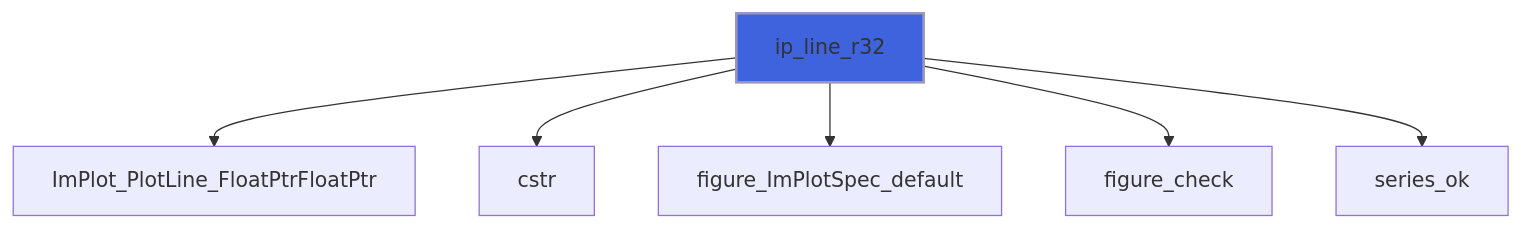
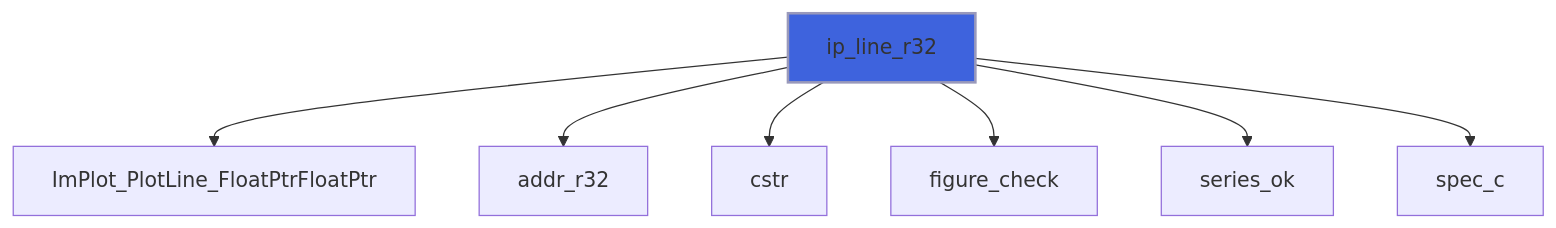
Before and after one commit to szaghi/figure: the fourth of 21 diagrams in docs/api/src/lib/figure_implot.md, drawn with Mermaid. The commit also changed other lines of this file and 17 other files, not shown here.

````diff
--- a/docs/api/src/lib/figure_implot.md
+++ b/docs/api/src/lib/figure_implot.md
@@ -108,9 +168,10 @@
 ```mermaid
 flowchart TD
   ip_line_r32["ip_line_r32"] --> ImPlot_PlotLine_FloatPtrFloatPtr["ImPlot_PlotLine_FloatPtrFloatPtr"]
+  ip_line_r32["ip_line_r32"] --> addr_r32["addr_r32"]
   ip_line_r32["ip_line_r32"] --> cstr["cstr"]
-  ip_line_r32["ip_line_r32"] --> figure_ImPlotSpec_default["figure_ImPlotSpec_default"]
   ip_line_r32["ip_line_r32"] --> figure_check["figure_check"]
   ip_line_r32["ip_line_r32"] --> series_ok["series_ok"]
+  ip_line_r32["ip_line_r32"] --> spec_c["spec_c"]
   style ip_line_r32 fill:#3e63dd,stroke:#99b,stroke-width:2px
 ```
````
